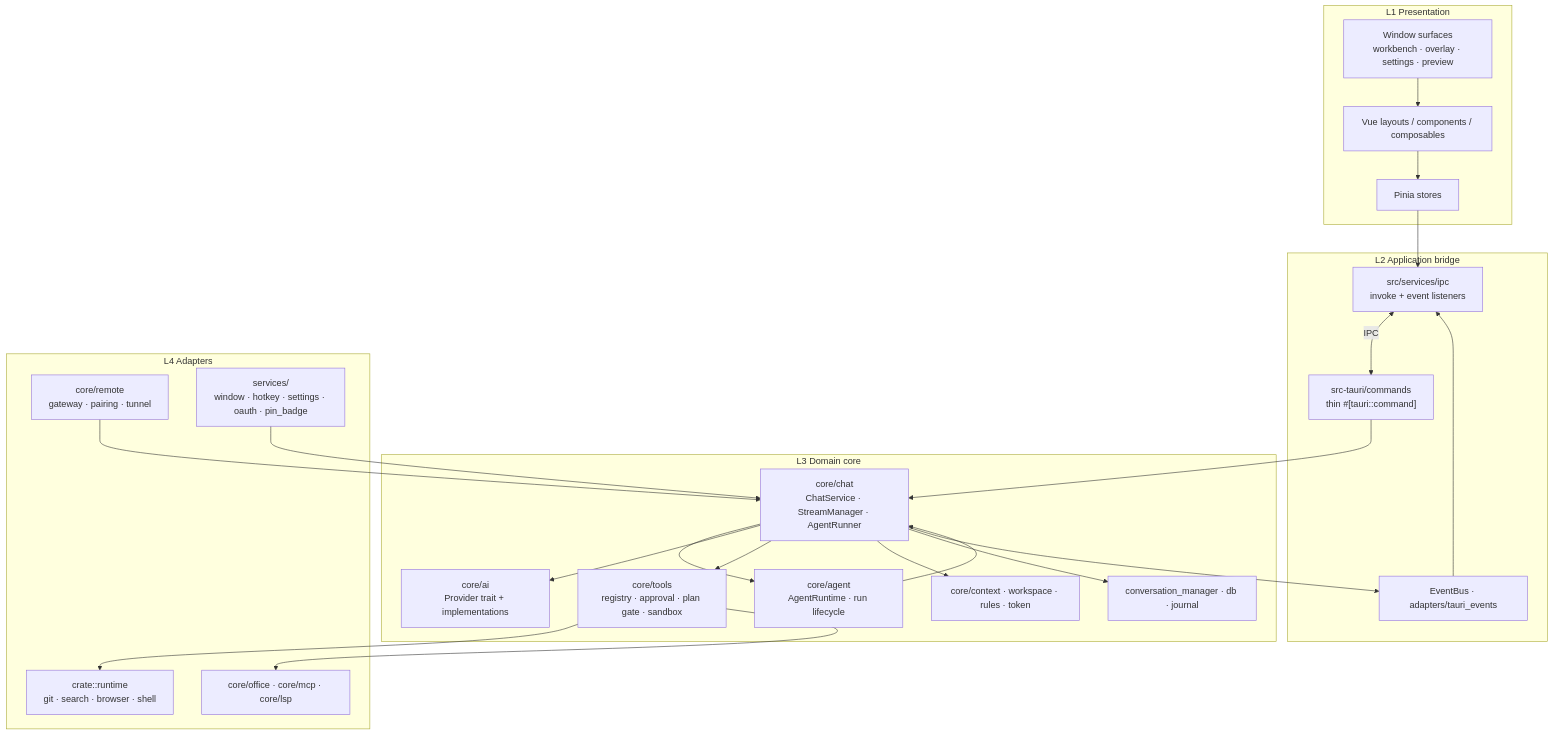
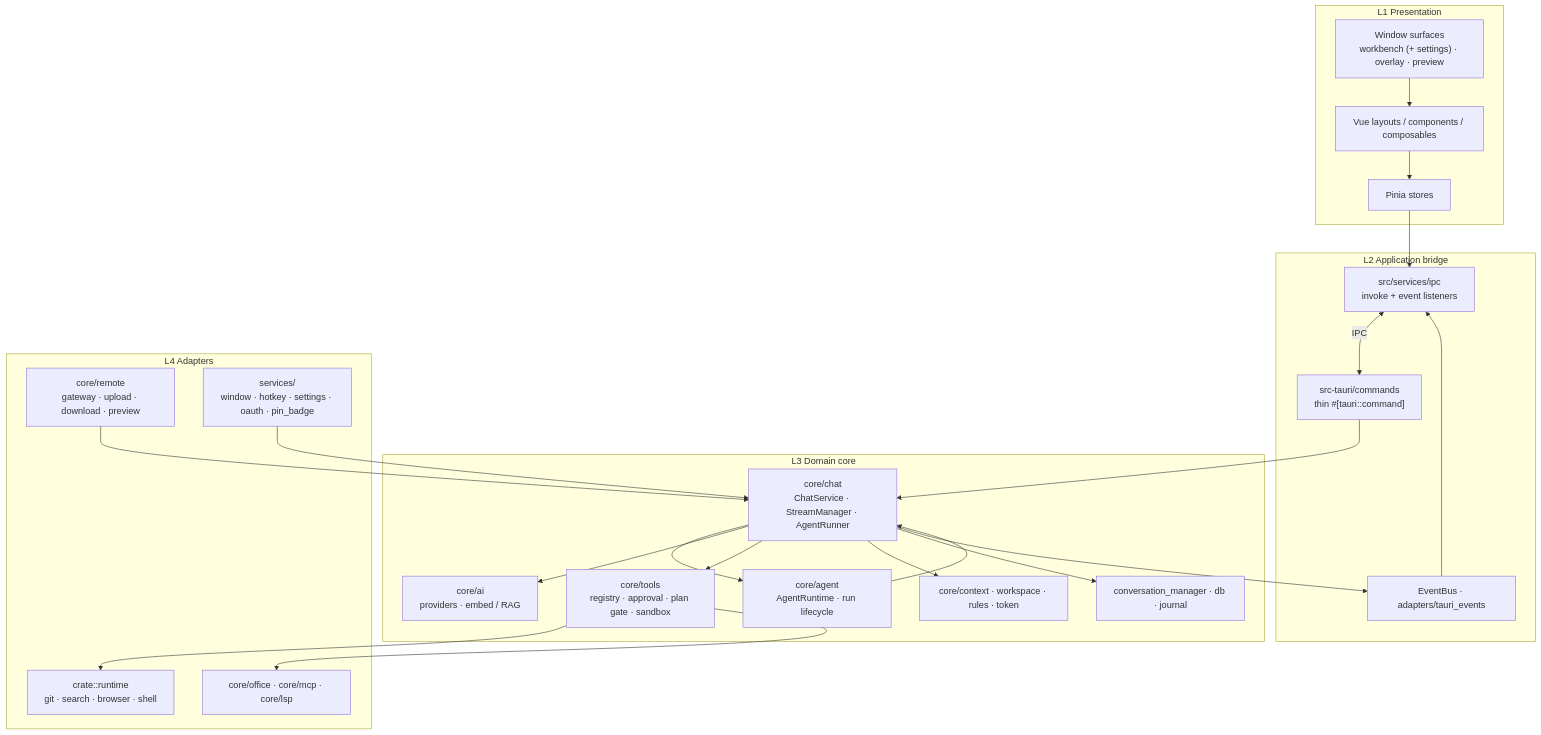
One commit to rururunu/Anya changed the second of 18 diagrams in docs/architecture-overview.md. Above: the diagram before and after it, drawn with Mermaid. The commit also changed other lines of this file and 86 other files, not shown here.

````diff
--- a/docs/architecture-overview.md
+++ b/docs/architecture-overview.md
@@ -80,46 +82,46 @@
 ```mermaid
 flowchart TB
   subgraph Presentation["L1 Presentation"]
-    Win["Window surfaces<br/>workbench · overlay · settings · preview"]
+    Win["Window surfaces<br/>workbench (+ settings) · overlay · preview"]
     UI["Vue layouts / components / composables"]
     Store["Pinia stores"]
   end
 
   subgraph Bridge["L2 Application bridge"]
     FeIpc["src/services/ipc<br/>invoke + event listeners"]
     Cmd["src-tauri/commands<br/>thin #[tauri::command]"]
     Bus["EventBus · adapters/tauri_events"]
   end
 
   subgraph Domain["L3 Domain core"]
     Chat["core/chat<br/>ChatService · StreamManager · AgentRunner"]
     AgentShell["core/agent<br/>AgentRuntime · run lifecycle"]
-    Ai["core/ai<br/>Provider trait + implementations"]
+    Ai["core/ai<br/>providers · embed / RAG"]
     Tools["core/tools<br/>registry · approval · plan gate · sandbox"]
     Ctx["core/context · workspace · rules · token"]
     Persist["conversation_manager · db · journal"]
   end
 
   subgraph Adapters["L4 Adapters"]
     Rt["crate::runtime<br/>git · search · browser · shell"]
     OfficeCore["core/office · core/mcp · core/lsp"]
-    Remote["core/remote<br/>gateway · pairing · tunnel"]
+    Remote["core/remote<br/>gateway · upload · download · preview"]
     Svc["services/<br/>window · hotkey · settings · oauth · pin_badge"]
   end
 
   Win --> UI --> Store --> FeIpc
   FeIpc <-->|IPC| Cmd
   Cmd --> Chat
   Svc --> Chat
   Chat --> AgentShell
   AgentShell --> Chat
   Chat --> Ai
   Chat --> Tools
   Chat --> Ctx
   Chat --> Persist
   Tools --> Rt
   Tools --> OfficeCore
   Remote --> Chat
   Bus --> FeIpc
   Chat --> Bus
 ```
````
